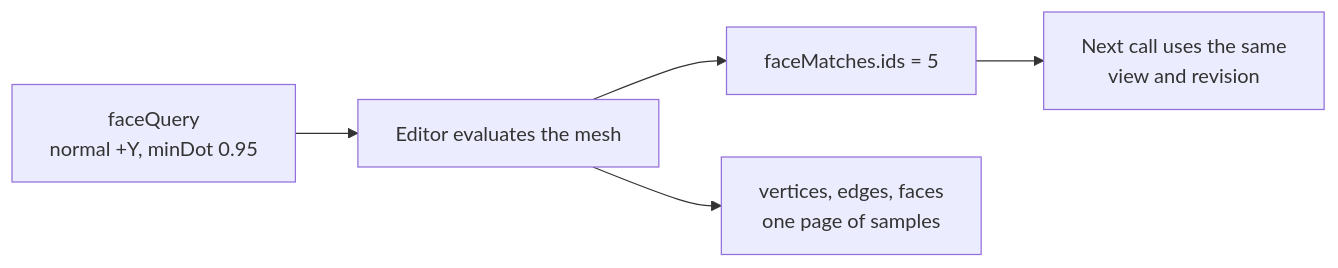
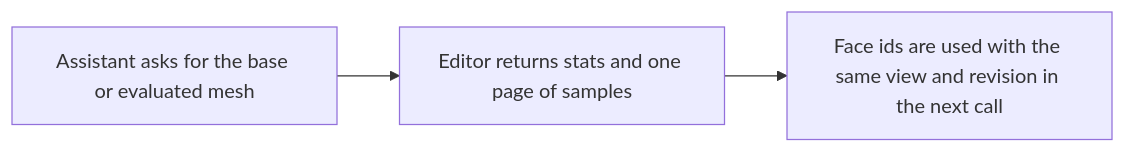
One commit to AbdulHaseeb-1/Movynta changed the diagram in docs/tools/editor.inspect_mesh.md. Above: the diagram before and after it, drawn with Mermaid. The commit also changed other lines of this file and 35 other files, not shown here.

````diff
--- a/docs/tools/editor.inspect_mesh.md
+++ b/docs/tools/editor.inspect_mesh.md
@@ -99,7 +397,8 @@
 ```mermaid
 flowchart LR
-  Q[faceQuery<br/>normal +Y, minDot 0.95] --> E[Editor evaluates the mesh]
-  E --> M[faceMatches.ids = 5]
-  E --> S[vertices, edges, faces<br/>one page of samples]
-  M --> N[Next call uses the same<br/>view and revision]
+  S0["Assistant asks for the base or evaluated mesh"]
+  S1["Editor returns stats and one page of samples"]
+  S2["Face ids are used with the same view and revision in the next call"]
+  S0 --> S1
+  S1 --> S2
 ```
````
